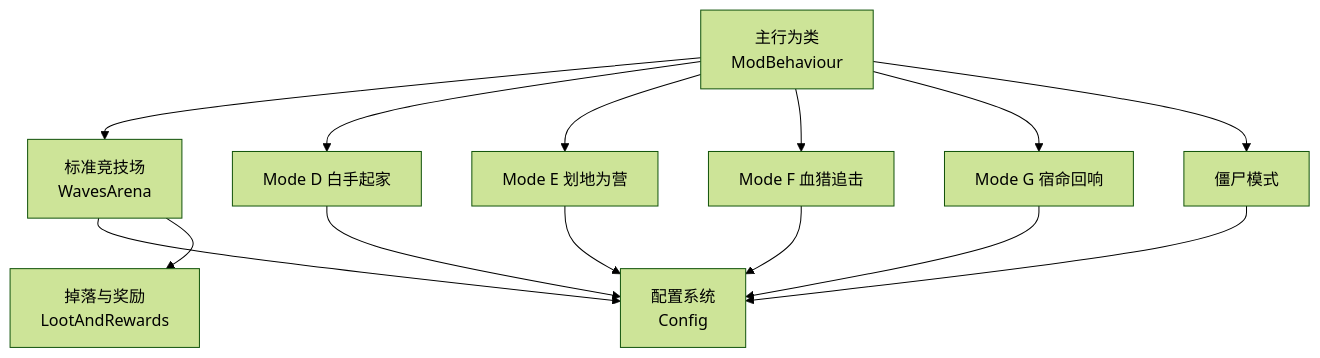
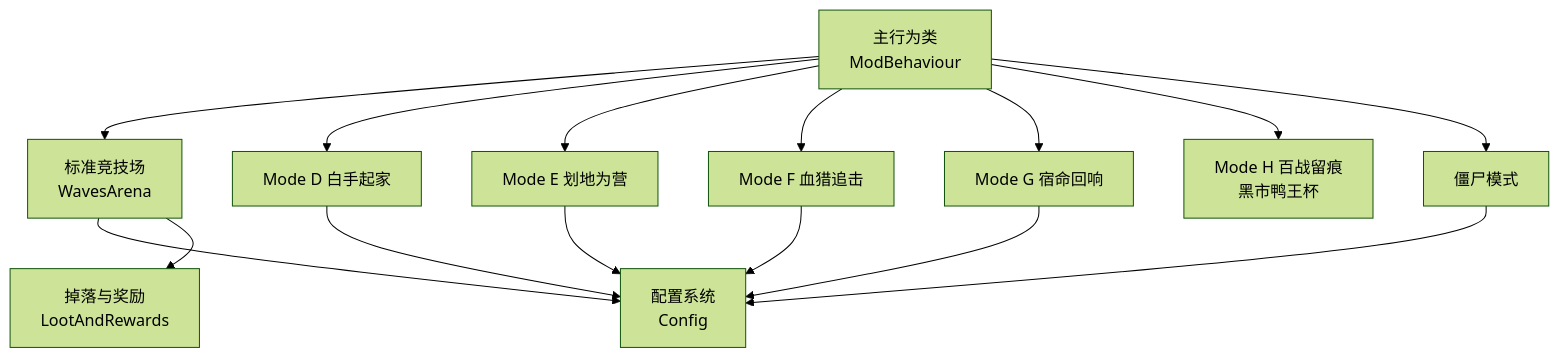
Before and after one commit to GASEN1216/BossRushMod: the first of 9 diagrams in .qoder/repowiki/zh/content/游戏模式系统/游戏模式系统.md, drawn with Mermaid (forest theme). The commit also changed other lines of this file and 13 other files, not shown here.

````diff
--- a/.qoder/repowiki/zh/content/游戏模式系统/游戏模式系统.md
+++ b/.qoder/repowiki/zh/content/游戏模式系统/游戏模式系统.md
@@ -38,16 +38,17 @@
 ```mermaid
 graph TB
 A["主行为类<br/>ModBehaviour"] --> B["标准竞技场<br/>WavesArena"]
 A --> C["Mode D 白手起家"]
 A --> D["Mode E 划地为营"]
 A --> E["Mode F 血猎追击"]
 A --> MG["Mode G 宿命回响"]
+A --> MH["Mode H 百战留痕<br/>黑市鸭王杯"]
 A --> F["僵尸模式"]
 B --> G["配置系统<br/>Config"]
 B --> H["掉落与奖励<br/>LootAndRewards"]
 C --> G
 D --> G
 E --> G
 MG --> G
 F --> G
 ```
````
